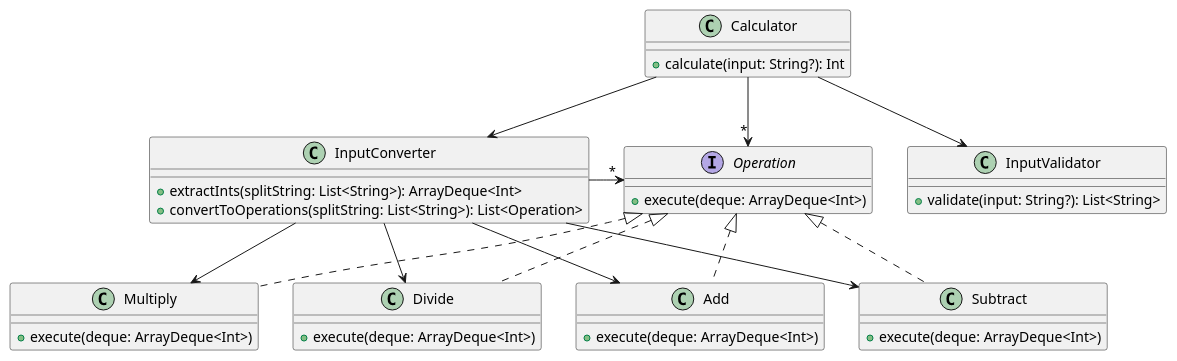
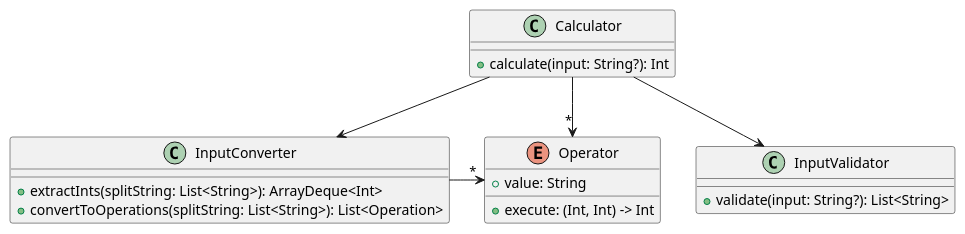
One commit to next-step/kotlin-racingcar changed the diagram in src/docs/stringcalculator/stringcalculator.puml. Above: the diagram before and after it, drawn with PlantUML. The commit also changed 1 other file, not shown here.

```diff
--- a/src/docs/stringcalculator/stringcalculator.puml
+++ b/src/docs/stringcalculator/stringcalculator.puml
@@ -1,43 +1,25 @@
 @startuml
 class Calculator {
 + calculate(input: String?): Int
 }
 
 class InputValidator {
 + validate(input: String?): List<String>
 }
 
 class InputConverter {
 + extractInts(splitString: List<String>): ArrayDeque<Int>
 + convertToOperations(splitString: List<String>): List<Operation>
 }
 
-interface Operation {
-+ execute(deque: ArrayDeque<Int>)
-}
-
-class Add implements Operation {
-+ execute(deque: ArrayDeque<Int>)
-}
-
-class Subtract implements Operation {
-+ execute(deque: ArrayDeque<Int>)
-}
-
-class Multiply implements Operation {
-+ execute(deque: ArrayDeque<Int>)
-}
-
-class Divide implements Operation {
-+ execute(deque: ArrayDeque<Int>)
+enum Operator {
++ value: String
++ execute: (Int, Int) -> Int
 }
 
 Calculator --> InputValidator
 Calculator --> InputConverter
-Calculator --> "*" Operation
-InputConverter -> "*" Operation
-InputConverter -> Add
-InputConverter -> Subtract
-InputConverter -> Multiply
-InputConverter -> Divide
+Calculator --> "*" Operator
+InputConverter ->"*" Operator
+
 @enduml
```
